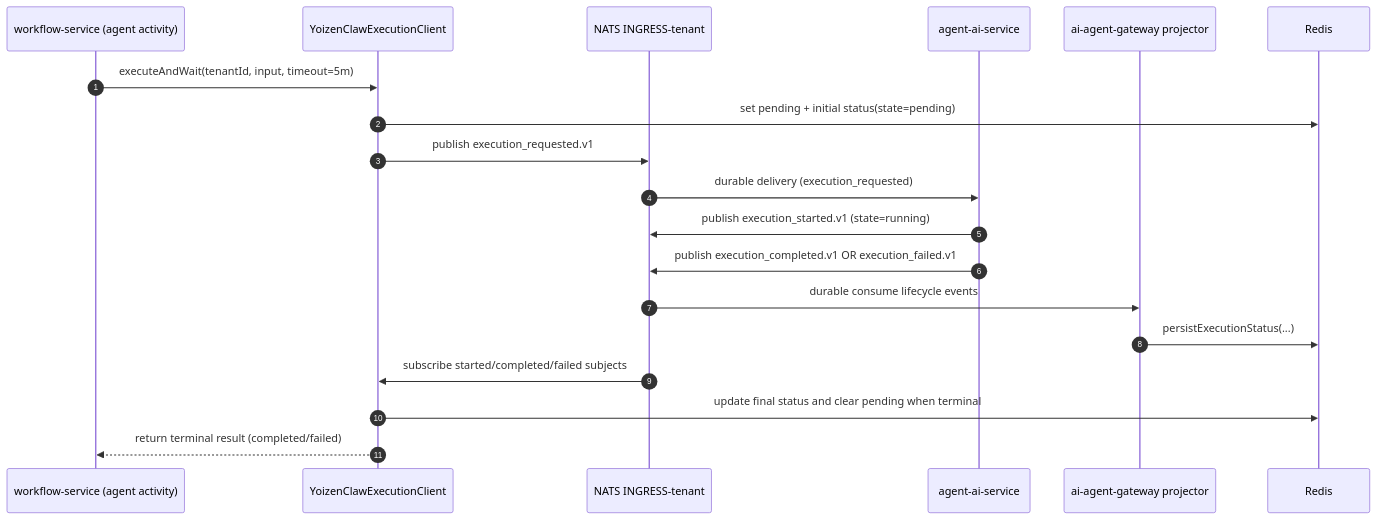
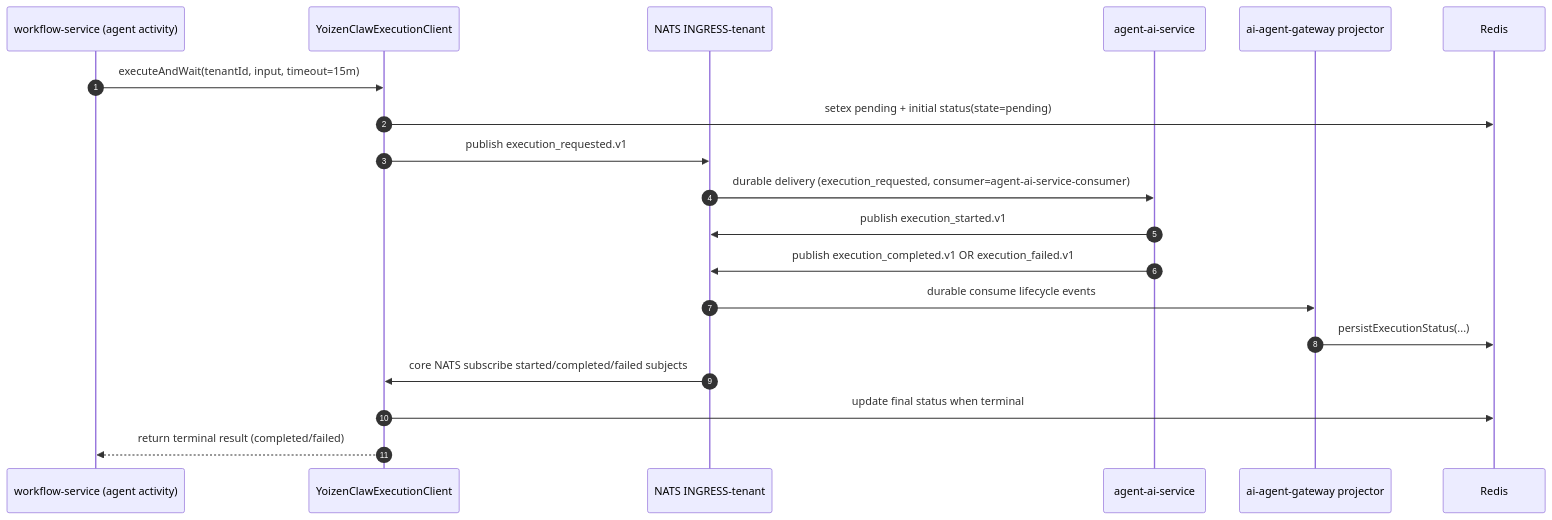
Before and after one commit to ccarnero/colloqui: the diagram in DOCS/05-AGENT-EXECUTION-FLOW.md, drawn with Mermaid. The commit also changed other lines of this file and 857 other files, not shown here.

````diff
--- a/DOCS/05-AGENT-EXECUTION-FLOW.md
+++ b/DOCS/05-AGENT-EXECUTION-FLOW.md
@@ -20,25 +33,25 @@
 ```mermaid
 sequenceDiagram
     autonumber
     participant WFW as workflow-service (agent activity)
     participant YEC as YoizenClawExecutionClient
     participant NATS as NATS INGRESS-tenant
-    participant YZR as agent-ai-service
+    participant AAS as agent-ai-service
     participant YZG as ai-agent-gateway projector
     participant Redis as Redis
 
-    WFW->>YEC: executeAndWait(tenantId, input, timeout=5m)
-    YEC->>Redis: set pending + initial status(state=pending)
+    WFW->>YEC: executeAndWait(tenantId, input, timeout=15m)
+    YEC->>Redis: setex pending + initial status(state=pending)
     YEC->>NATS: publish execution_requested.v1
 
-    NATS->>YZR: durable delivery (execution_requested)
-    YZR->>NATS: publish execution_started.v1 (state=running)
-    YZR->>NATS: publish execution_completed.v1 OR execution_failed.v1
+    NATS->>AAS: durable delivery (execution_requested, consumer=agent-ai-service-consumer)
+    AAS->>NATS: publish execution_started.v1
+    AAS->>NATS: publish execution_completed.v1 OR execution_failed.v1
 
     NATS->>YZG: durable consume lifecycle events
     YZG->>Redis: persistExecutionStatus(...)
 
-    NATS->>YEC: subscribe started/completed/failed subjects
-    YEC->>Redis: update final status and clear pending when terminal
+    NATS->>YEC: core NATS subscribe started/completed/failed subjects
+    YEC->>Redis: update final status when terminal
     YEC-->>WFW: return terminal result (completed/failed)
 ```
````
